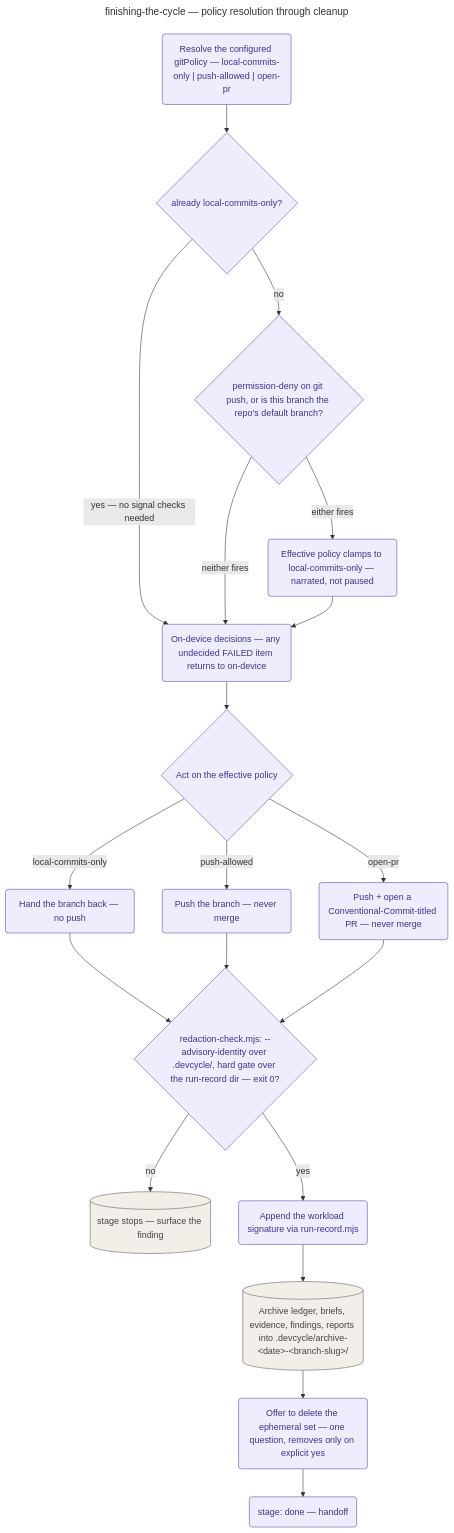
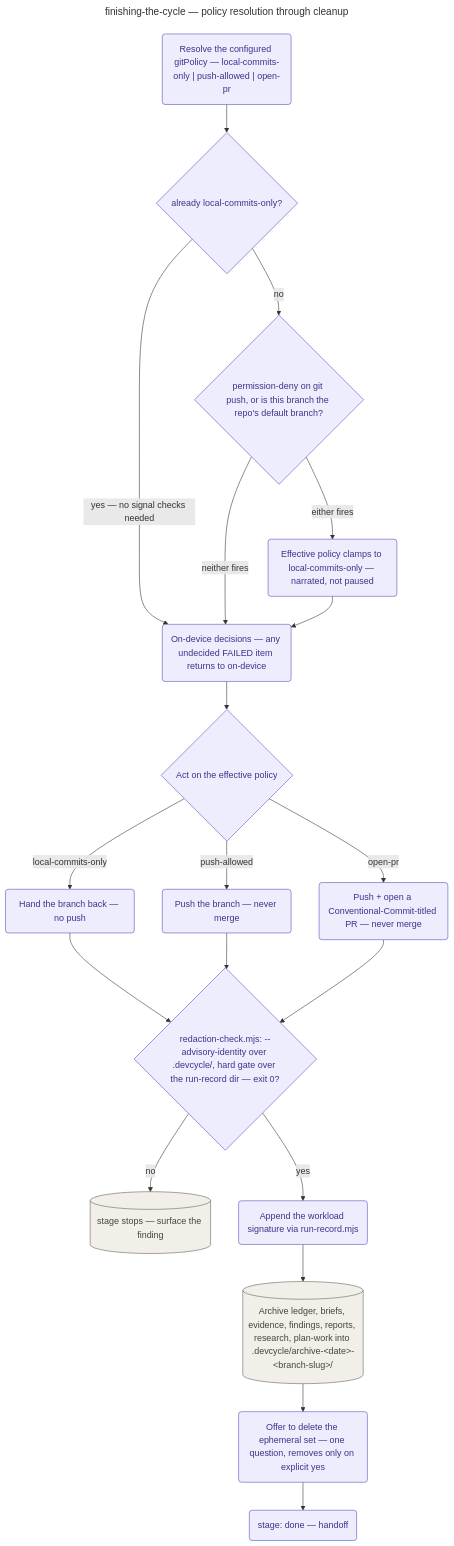
One commit to KonstantinRoehrl/devcycle changed the diagram in docs/playbooks/finishing-the-cycle/README.md. Above: the diagram before and after it, drawn with Mermaid. The commit also changed other lines of this file and 30 other files, not shown here.

````diff
--- a/docs/playbooks/finishing-the-cycle/README.md
+++ b/docs/playbooks/finishing-the-cycle/README.md
@@ -63,33 +65,33 @@
 ```mermaid
 ---
 title: finishing-the-cycle — policy resolution through cleanup
 accDescr: Playbook-internal flowchart of the finish stage, from resolving the configured git policy through the permission and protected-branch signal checks, acting on the effective policy, the redaction and workload gates, the unconditional archive copy, and the ephemeral-cleanup offer.
 ---
 flowchart TD
     CFG("Resolve the configured gitPolicy — local-commits-only | push-allowed | open-pr"):::stage
     CFG --> FLOOR{"already local-commits-only?"}:::stage
     FLOOR -->|"yes — no signal checks needed"| GUARD
     FLOOR -->|"no"| SIGNALS{"permission-deny on git push, or is this branch the repo's default branch?"}:::stage
     SIGNALS -->|"either fires"| CLAMP("Effective policy clamps to local-commits-only — narrated, not paused"):::stage
     SIGNALS -->|"neither fires"| GUARD
     CLAMP --> GUARD
     GUARD("On-device decisions — any undecided FAILED item returns to on-device"):::stage
     GUARD --> ACT
     ACT{"Act on the effective policy"}:::stage
     ACT -->|"local-commits-only"| HANDBACK("Hand the branch back — no push"):::stage
     ACT -->|"push-allowed"| PUSH("Push the branch — never merge"):::stage
     ACT -->|"open-pr"| PR("Push + open a Conventional-Commit-titled PR — never merge"):::stage
     HANDBACK --> REDACT
     PUSH --> REDACT
     PR --> REDACT
     REDACT{"redaction-check.mjs: --advisory-identity over .devcycle/, hard gate over the run-record dir — exit 0?"}:::stage
     REDACT -->|"no"| STOP[("stage stops — surface the finding")]:::structural
     REDACT -->|"yes"| RECORD("Append the workload signature via run-record.mjs"):::stage
-    RECORD --> ARCHIVE[("Archive ledger, briefs, evidence, findings, reports into .devcycle/archive-&lt;date&gt;-&lt;branch-slug&gt;/")]:::structural
+    RECORD --> ARCHIVE[("Archive ledger, briefs, evidence, findings, reports, research, plan-work into .devcycle/archive-&lt;date&gt;-&lt;branch-slug&gt;/")]:::structural
     ARCHIVE --> CLEAN("Offer to delete the ephemeral set — one question, removes only on explicit yes"):::stage
     CLEAN --> DONE("stage: done — handoff"):::stage
 
     classDef stage fill:#EEEDFE,stroke:#534AB7,color:#3C3489;
     classDef tool fill:#E1F5EE,stroke:#0F6E56,color:#085041,stroke-dasharray:5 5;
     classDef structural fill:#F1EFE8,stroke:#5F5E5A,color:#444441;
 ```
````
